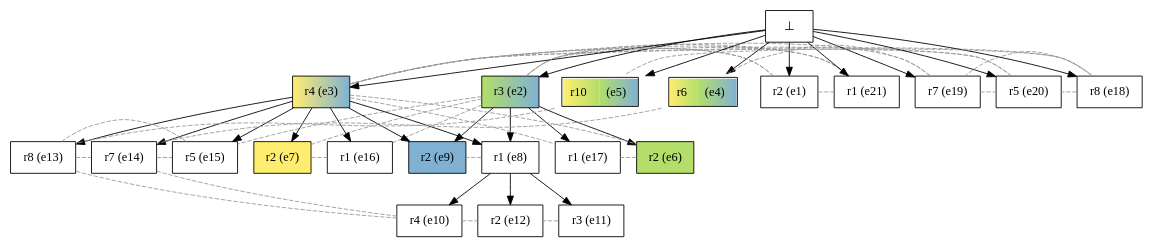
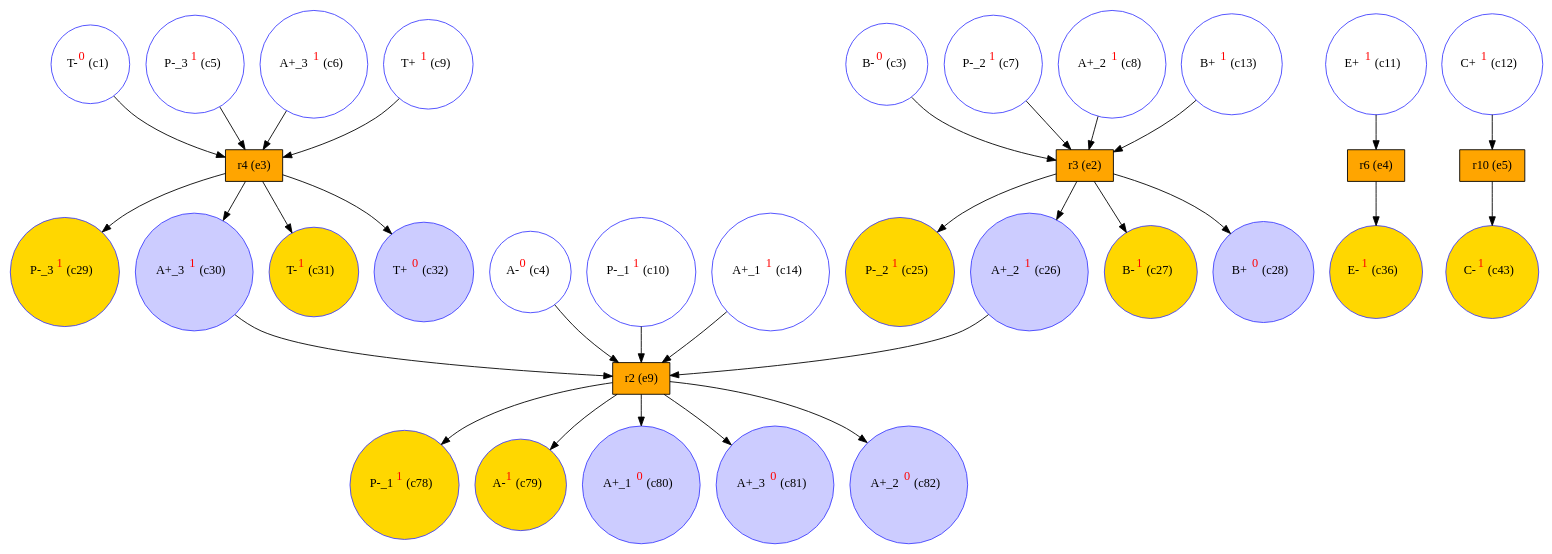
The diagram in examples/protists/protists_abect/protists_pr_unf.dot (giannkas/ecofolder), drawn with Graphviz before and after one commit. The commit also changed 159 other files, not shown here.

```diff
--- a/examples/protists/protists_abect/protists_pr_unf.dot
+++ b/examples/protists/protists_abect/protists_pr_unf.dot
@@ -1,95 +1,65 @@
 digraph test {
-  e2 -> e6;
-  e3 -> e7;
-  e2 -> e8;
-  e3 -> e8;
-  e2 -> e9;
-  e3 -> e9;
-  e8 -> e10;
-  e8 -> e11;
-  e8 -> e12;
-  e3 -> e13;
-  e3 -> e14;
-  e3 -> e15;
-  e3 -> e16;
-  e2 -> e17;
-  e0 -> e1;
-  e0 -> e2;
-  e0 -> e3;
-  e0 -> e4;
-  e0 -> e5;
-  e0 -> e18;
-  e0 -> e19;
-  e0 -> e20;
-  e0 -> e21;
-
-//conflicts
-  e1 -> e2 [arrowhead=none color=gray60 style=dashed constraint=false];
-  e1 -> e3 [arrowhead=none color=gray60 style=dashed constraint=false];
-  e1 -> e21 [arrowhead=none color=gray60 style=dashed constraint=false];
-  e2 -> e7 [arrowhead=none color=gray60 style=dashed constraint=false];
-  e2 -> e15 [arrowhead=none color=gray60 style=dashed constraint=false];
-  e2 -> e16 [arrowhead=none color=gray60 style=dashed constraint=false];
-  e2 -> e20 [arrowhead=none color=gray60 style=dashed constraint=false];
-  e2 -> e21 [arrowhead=none color=gray60 style=dashed constraint=false];
-  e3 -> e6 [arrowhead=none color=gray60 style=dashed constraint=false];
-  e3 -> e17 [arrowhead=none color=gray60 style=dashed constraint=false];
-  e3 -> e18 [arrowhead=none color=gray60 style=dashed constraint=false];
-  e3 -> e19 [arrowhead=none color=gray60 style=dashed constraint=false];
-  e3 -> e20 [arrowhead=none color=gray60 style=dashed constraint=false];
-  e3 -> e21 [arrowhead=none color=gray60 style=dashed constraint=false];
-  e4 -> e14 [arrowhead=none color=gray60 style=dashed constraint=false];
-  e4 -> e19 [arrowhead=none color=gray60 style=dashed constraint=false];
-  e5 -> e13 [arrowhead=none color=gray60 style=dashed constraint=false];
-  e5 -> e18 [arrowhead=none color=gray60 style=dashed constraint=false];
-  e6 -> e17 [arrowhead=none color=gray60 style=dashed constraint=false];
-  e7 -> e16 [arrowhead=none color=gray60 style=dashed constraint=false];
-  e8 -> e9 [arrowhead=none color=gray60 style=dashed constraint=false];
-  e10 -> e12 [arrowhead=none color=gray60 style=dashed constraint=false];
-  e10 -> e13 [arrowhead=none color=gray60 style=dashed constraint=false];
-  e10 -> e14 [arrowhead=none color=gray60 style=dashed constraint=false];
-  e11 -> e12 [arrowhead=none color=gray60 style=dashed constraint=false];
-  e13 -> e14 [arrowhead=none color=gray60 style=dashed constraint=false];
-  e13 -> e15 [arrowhead=none color=gray60 style=dashed constraint=false];
-  e14 -> e15 [arrowhead=none color=gray60 style=dashed constraint=false];
-  e18 -> e19 [arrowhead=none color=gray60 style=dashed constraint=false];
-  e18 -> e20 [arrowhead=none color=gray60 style=dashed constraint=false];
-  e19 -> e20 [arrowhead=none color=gray60 style=dashed constraint=false];
-
-  e1 [color="black" fillcolor="white" label="r2 (e1)" shape=box style=filled];
-  e2 [color="black" fillcolor="#b3de69:#80b1d3" label="r3 (e2)" shape=box style=filled];
-  e3 [color="black" fillcolor="#ffed6f:#80b1d3" label="r4 (e3)" shape=box style=filled];
-  e4 [shape=none label=<
-    <TABLE border="1" cellspacing="0" cellpadding="8" cellborder="0" > 
-      <TR>
-        <TD bgcolor="#ffed6f:#b3de69" align="right">r6</TD>
-        <TD bgcolor="#b3de69:#80b1d3" align="left">(e4)</TD>
-      </TR>
-    </TABLE>>
-    ];
-  e5 [shape=none label=<
-    <TABLE border="1" cellspacing="0" cellpadding="8" cellborder="0" > 
-      <TR>
-        <TD bgcolor="#ffed6f:#b3de69" align="right">r10</TD>
-        <TD bgcolor="#b3de69:#80b1d3" align="left">(e5)</TD>
-      </TR>
-    </TABLE>>
-    ];
-  e6 [color="black" fillcolor="#b3de69" label="r2 (e6)" shape=box style=filled];
-  e7 [color="black" fillcolor="#ffed6f" label="r2 (e7)" shape=box style=filled];
-  e8 [color="black" fillcolor="white" label="r1 (e8)" shape=box style=filled];
-  e9 [color="black" fillcolor="#80b1d3" label="r2 (e9)" shape=box style=filled];
-  e10 [color="black" fillcolor="white" label="r4 (e10)" shape=box style=filled];
-  e11 [color="black" fillcolor="white" label="r3 (e11)" shape=box style=filled];
-  e12 [color="black" fillcolor="white" label="r2 (e12)" shape=box style=filled];
-  e13 [color="black" fillcolor="white" label="r8 (e13)" shape=box style=filled];
-  e14 [color="black" fillcolor="white" label="r7 (e14)" shape=box style=filled];
-  e15 [color="black" fillcolor="white" label="r5 (e15)" shape=box style=filled];
-  e16 [color="black" fillcolor="white" label="r1 (e16)" shape=box style=filled];
-  e17 [color="black" fillcolor="white" label="r1 (e17)" shape=box style=filled];
-  e18 [color="black" fillcolor="white" label="r8 (e18)" shape=box style=filled];
-  e19 [color="black" fillcolor="white" label="r7 (e19)" shape=box style=filled];
-  e20 [color="black" fillcolor="white" label="r5 (e20)" shape=box style=filled];
-  e21 [color="black" fillcolor="white" label="r1 (e21)" shape=box style=filled];
-  e0 [fillcolor=white label="⊥" shape=box style=filled];
+  c1 -> e3;
+  c3 -> e2;
+  c4 -> e9;
+  c5 -> e3;
+  c6 -> e3;
+  c7 -> e2;
+  c8 -> e2;
+  c9 -> e3;
+  c10 -> e9;
+  c11 -> e4;
+  c12 -> e5;
+  c13 -> e2;
+  c14 -> e9;
+  e2 -> c25;
+  e2 -> c26;
+  c26 -> e9;
+  e2 -> c27;
+  e2 -> c28;
+  e3 -> c29;
+  e3 -> c30;
+  c30 -> e9;
+  e3 -> c31;
+  e3 -> c32;
+  e4 -> c36;
+  e5 -> c43;
+  e9 -> c78;
+  e9 -> c79;
+  e9 -> c80;
+  e9 -> c81;
+  e9 -> c82;
+  c1 [color="#4040ff" fillcolor="transparent" label= <T-<FONT COLOR="red"><SUP>0</SUP></FONT>&nbsp;(c1)> shape=circle style=filled];
+  c3 [color="#4040ff" fillcolor="transparent" label= <B-<FONT COLOR="red"><SUP>0</SUP></FONT>&nbsp;(c3)> shape=circle style=filled];
+  c4 [color="#4040ff" fillcolor="transparent" label= <A-<FONT COLOR="red"><SUP>0</SUP></FONT>&nbsp;(c4)> shape=circle style=filled];
+  c5 [color="#4040ff" fillcolor="transparent" label= <P-_3<FONT COLOR="red"><SUP>1</SUP></FONT>&nbsp;(c5)> shape=circle style=filled];
+  c6 [color="#4040ff" fillcolor="transparent" label= <A+_3<FONT COLOR="red"><SUP>1</SUP></FONT>&nbsp;(c6)> shape=circle style=filled];
+  c7 [color="#4040ff" fillcolor="transparent" label= <P-_2<FONT COLOR="red"><SUP>1</SUP></FONT>&nbsp;(c7)> shape=circle style=filled];
+  c8 [color="#4040ff" fillcolor="transparent" label= <A+_2<FONT COLOR="red"><SUP>1</SUP></FONT>&nbsp;(c8)> shape=circle style=filled];
+  c9 [color="#4040ff" fillcolor="transparent" label= <T+<FONT COLOR="red"><SUP>1</SUP></FONT>&nbsp;(c9)> shape=circle style=filled];
+  c10 [color="#4040ff" fillcolor="transparent" label= <P-_1<FONT COLOR="red"><SUP>1</SUP></FONT>&nbsp;(c10)> shape=circle style=filled];
+  c11 [color="#4040ff" fillcolor="transparent" label= <E+<FONT COLOR="red"><SUP>1</SUP></FONT>&nbsp;(c11)> shape=circle style=filled];
+  c12 [color="#4040ff" fillcolor="transparent" label= <C+<FONT COLOR="red"><SUP>1</SUP></FONT>&nbsp;(c12)> shape=circle style=filled];
+  c13 [color="#4040ff" fillcolor="transparent" label= <B+<FONT COLOR="red"><SUP>1</SUP></FONT>&nbsp;(c13)> shape=circle style=filled];
+  c14 [color="#4040ff" fillcolor="transparent" label= <A+_1<FONT COLOR="red"><SUP>1</SUP></FONT>&nbsp;(c14)> shape=circle style=filled];
+  c25 [color="#4040ff" fillcolor="gold" label= <P-_2<FONT COLOR="red"><SUP>1</SUP></FONT>&nbsp;(c25)> shape=circle style=filled];
+  c26 [color="#4040ff" fillcolor="#ccccff" label= <A+_2<FONT COLOR="red"><SUP>1</SUP></FONT>&nbsp;(c26)> shape=circle style=filled];
+  c27 [color="#4040ff" fillcolor="gold" label= <B-<FONT COLOR="red"><SUP>1</SUP></FONT>&nbsp;(c27)> shape=circle style=filled];
+  c28 [color="#4040ff" fillcolor="#ccccff" label= <B+<FONT COLOR="red"><SUP>0</SUP></FONT>&nbsp;(c28)> shape=circle style=filled];
+  c29 [color="#4040ff" fillcolor="gold" label= <P-_3<FONT COLOR="red"><SUP>1</SUP></FONT>&nbsp;(c29)> shape=circle style=filled];
+  c30 [color="#4040ff" fillcolor="#ccccff" label= <A+_3<FONT COLOR="red"><SUP>1</SUP></FONT>&nbsp;(c30)> shape=circle style=filled];
+  c31 [color="#4040ff" fillcolor="gold" label= <T-<FONT COLOR="red"><SUP>1</SUP></FONT>&nbsp;(c31)> shape=circle style=filled];
+  c32 [color="#4040ff" fillcolor="#ccccff" label= <T+<FONT COLOR="red"><SUP>0</SUP></FONT>&nbsp;(c32)> shape=circle style=filled];
+  c36 [color="#4040ff" fillcolor="gold" label= <E-<FONT COLOR="red"><SUP>1</SUP></FONT>&nbsp;(c36)> shape=circle style=filled];
+  c43 [color="#4040ff" fillcolor="gold" label= <C-<FONT COLOR="red"><SUP>1</SUP></FONT>&nbsp;(c43)> shape=circle style=filled];
+  c78 [color="#4040ff" fillcolor="gold" label= <P-_1<FONT COLOR="red"><SUP>1</SUP></FONT>&nbsp;(c78)> shape=circle style=filled];
+  c79 [color="#4040ff" fillcolor="gold" label= <A-<FONT COLOR="red"><SUP>1</SUP></FONT>&nbsp;(c79)> shape=circle style=filled];
+  c80 [color="#4040ff" fillcolor="#ccccff" label= <A+_1<FONT COLOR="red"><SUP>0</SUP></FONT>&nbsp;(c80)> shape=circle style=filled];
+  c81 [color="#4040ff" fillcolor="#ccccff" label= <A+_3<FONT COLOR="red"><SUP>0</SUP></FONT>&nbsp;(c81)> shape=circle style=filled];
+  c82 [color="#4040ff" fillcolor="#ccccff" label= <A+_2<FONT COLOR="red"><SUP>0</SUP></FONT>&nbsp;(c82)> shape=circle style=filled];
+  e2 [color="black" fillcolor="orange" label="r3 (e2)" shape=box style=filled];
+  e3 [color="black" fillcolor="orange" label="r4 (e3)" shape=box style=filled];
+  e4 [color="black" fillcolor="orange" label="r6 (e4)" shape=box style=filled];
+  e5 [color="black" fillcolor="orange" label="r10 (e5)" shape=box style=filled];
+  e9 [color="black" fillcolor="orange" label="r2 (e9)" shape=box style=filled];
 }
```
